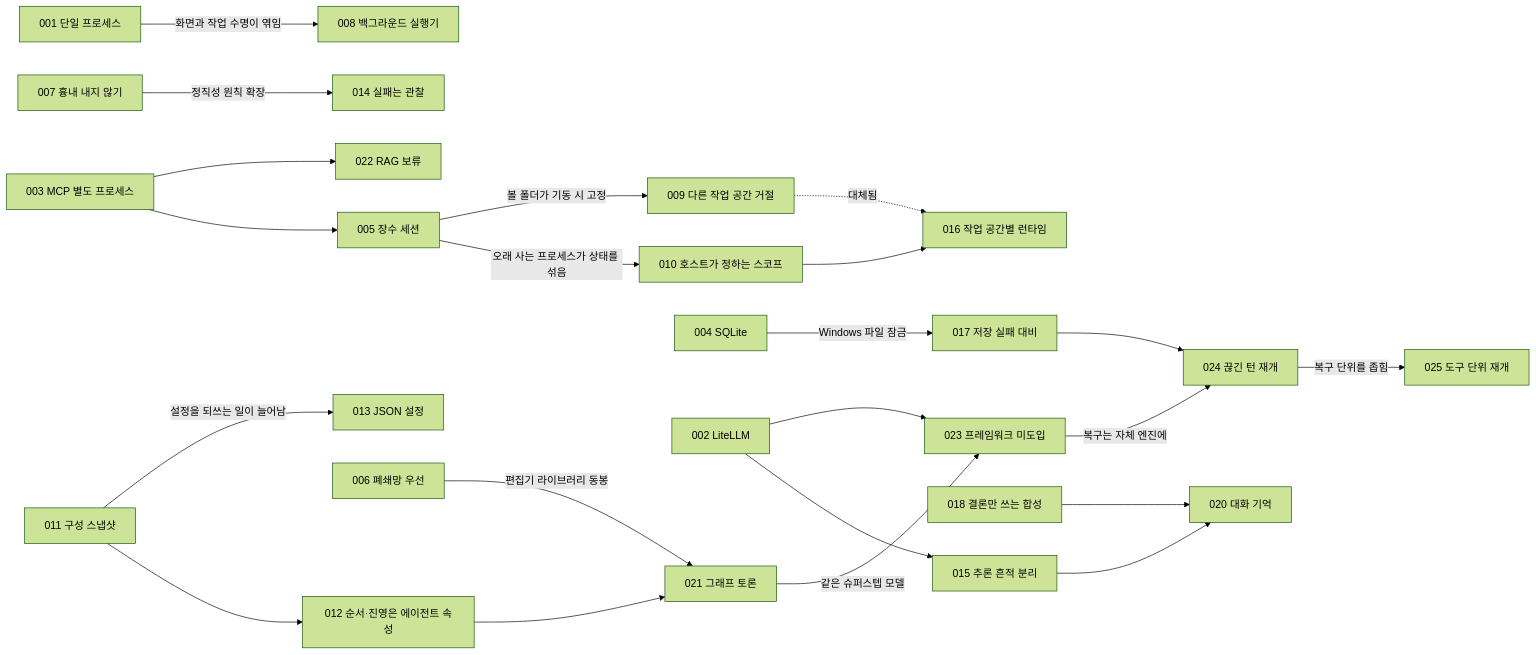
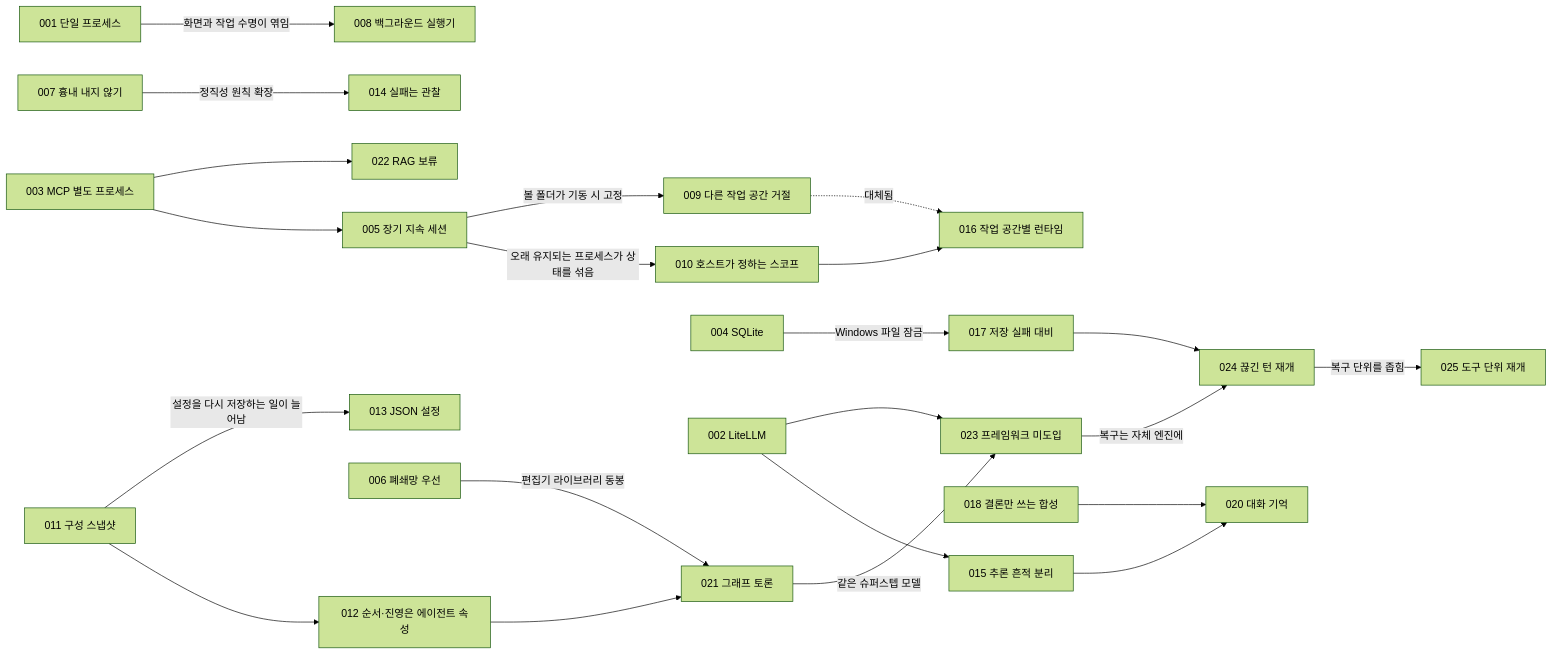
The diagram in lectures/05-adr/README.md (HaJaehee/MultiAgentDebateAndOrchestrationPlatform), drawn with Mermaid (forest theme) before and after one commit. The commit also changed other lines of this file and 55 other files, not shown here.

````diff
--- a/lectures/05-adr/README.md
+++ b/lectures/05-adr/README.md
@@ -70,24 +70,24 @@
 ```mermaid
 flowchart LR
     A001["001 단일 프로세스"] -->|"화면과 작업 수명이 엮임"| A008["008 백그라운드 실행기"]
-    A003["003 MCP 별도 프로세스"] --> A005["005 장수 세션"]
-    A005 -->|"오래 사는 프로세스가 상태를 섞음"| A010["010 호스트가 정하는 스코프"]
+    A003["003 MCP 별도 프로세스"] --> A005["005 장기 지속 세션"]
+    A005 -->|"오래 유지되는 프로세스가 상태를 섞음"| A010["010 호스트가 정하는 스코프"]
     A005 -->|"볼 폴더가 기동 시 고정"| A009["009 다른 작업 공간 거절"]
     A009 -.->|"대체됨"| A016["016 작업 공간별 런타임"]
     A010 --> A016
     A007["007 흉내 내지 않기"] -->|"정직성 원칙 확장"| A014["014 실패는 관찰"]
     A004["004 SQLite"] -->|"Windows 파일 잠금"| A017["017 저장 실패 대비"]
     A011["011 구성 스냅샷"] --> A012["012 순서·진영은 에이전트 속성"]
-    A011 -->|"설정을 되쓰는 일이 늘어남"| A013["013 JSON 설정"]
+    A011 -->|"설정을 다시 저장하는 일이 늘어남"| A013["013 JSON 설정"]
     A002["002 LiteLLM"] --> A015["015 추론 흔적 분리"]
     A015 --> A020["020 대화 기억"]
     A018["018 결론만 쓰는 합성"] --> A020
     A012 --> A021["021 그래프 토론"]
     A006["006 폐쇄망 우선"] -->|"편집기 라이브러리 동봉"| A021
     A003 --> A022["022 RAG 보류"]
     A002 --> A023["023 프레임워크 미도입"]
     A021 -->|"같은 슈퍼스텝 모델"| A023
     A023 -->|"복구는 자체 엔진에"| A024["024 끊긴 턴 재개"]
     A017 --> A024
     A024 -->|"복구 단위를 좁힘"| A025["025 도구 단위 재개"]
 ```
````
